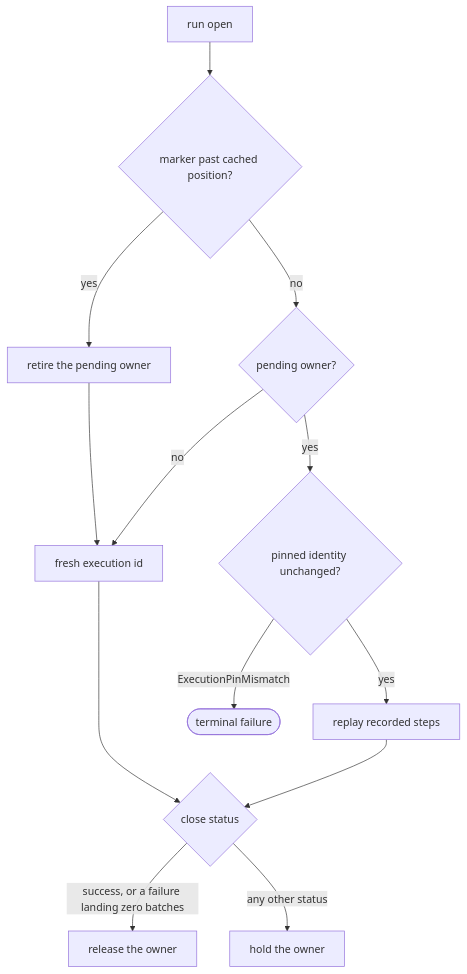
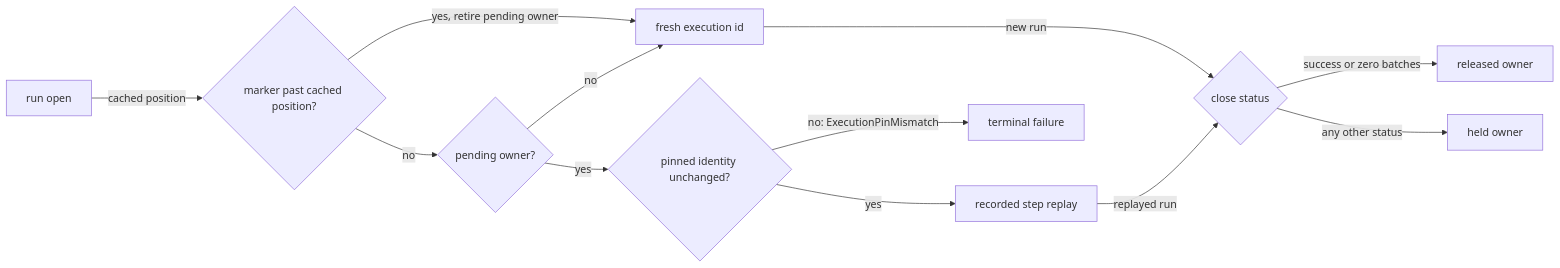
One commit to fractalboxdev/contextful changed the fourth of 6 diagrams in spec/30-run.md. Above: the diagram before and after it, drawn with Mermaid. The commit also changed other lines of this file and 31 other files, not shown here.

First line of the commit message:
spec: every diagram draws things as nodes and what flows as labelled edges

````diff
--- a/spec/30-run.md
+++ b/spec/30-run.md
@@ -238,15 +239,14 @@
 ```mermaid
-flowchart TD
-  O["run open"] --> M{"marker past cached position?"}
-  M -->|yes| RET["retire the pending owner"]
-  M -->|no| P{"pending owner?"}
-  RET --> FRESH["fresh execution id"]
-  P -->|no| FRESH
-  P -->|yes| PIN{"pinned identity unchanged?"}
-  PIN -->|"ExecutionPinMismatch"| ERR(["terminal failure"])
-  PIN -->|yes| REPLAY["replay recorded steps"]
-  REPLAY --> CLOSE{"close status"}
-  FRESH --> CLOSE
-  CLOSE -->|"success, or a failure landing zero batches"| REL["release the owner"]
-  CLOSE -->|"any other status"| HOLD["hold the owner"]
+flowchart LR
+  O["run open"] -->|"cached position"| M{"marker past cached position?"}
+  M -->|"yes, retire pending owner"| FRESH["fresh execution id"]
+  M -->|"no"| P{"pending owner?"}
+  P -->|"no"| FRESH
+  P -->|"yes"| PIN{"pinned identity unchanged?"}
+  PIN -->|"no: ExecutionPinMismatch"| ERR["terminal failure"]
+  PIN -->|"yes"| REPLAY["recorded step replay"]
+  REPLAY -->|"replayed run"| CLOSE{"close status"}
+  FRESH -->|"new run"| CLOSE
+  CLOSE -->|"success or zero batches"| REL["released owner"]
+  CLOSE -->|"any other status"| HOLD["held owner"]
 ```
````
